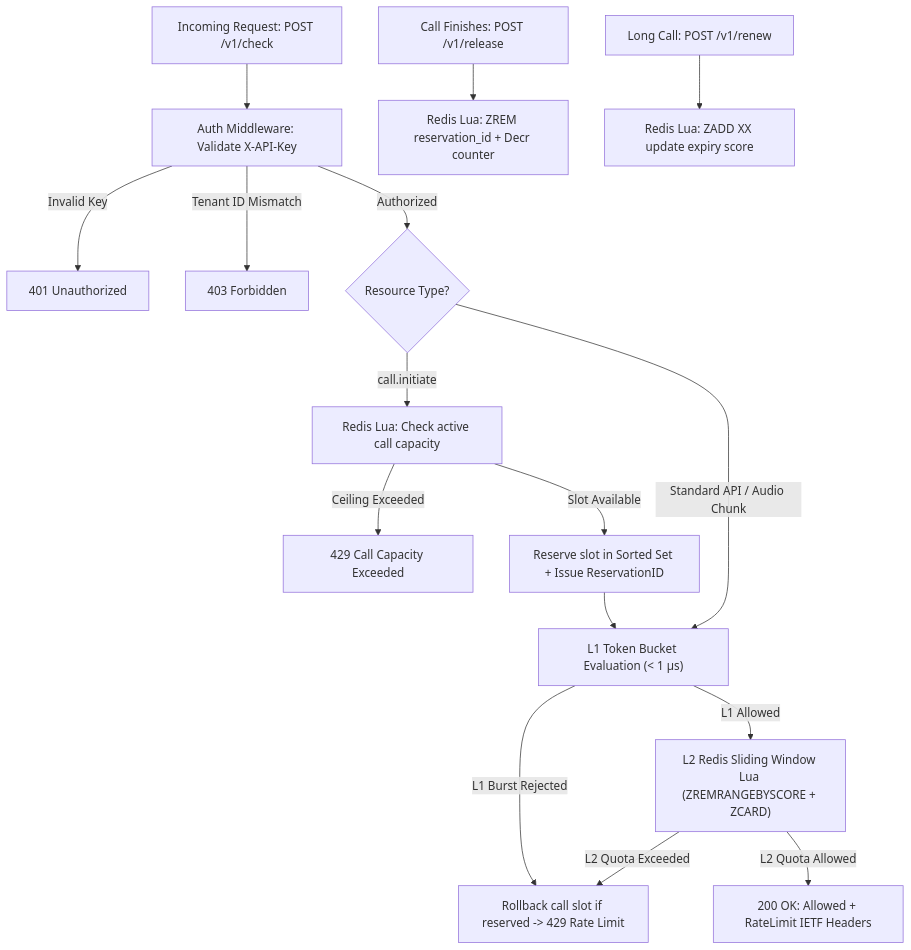
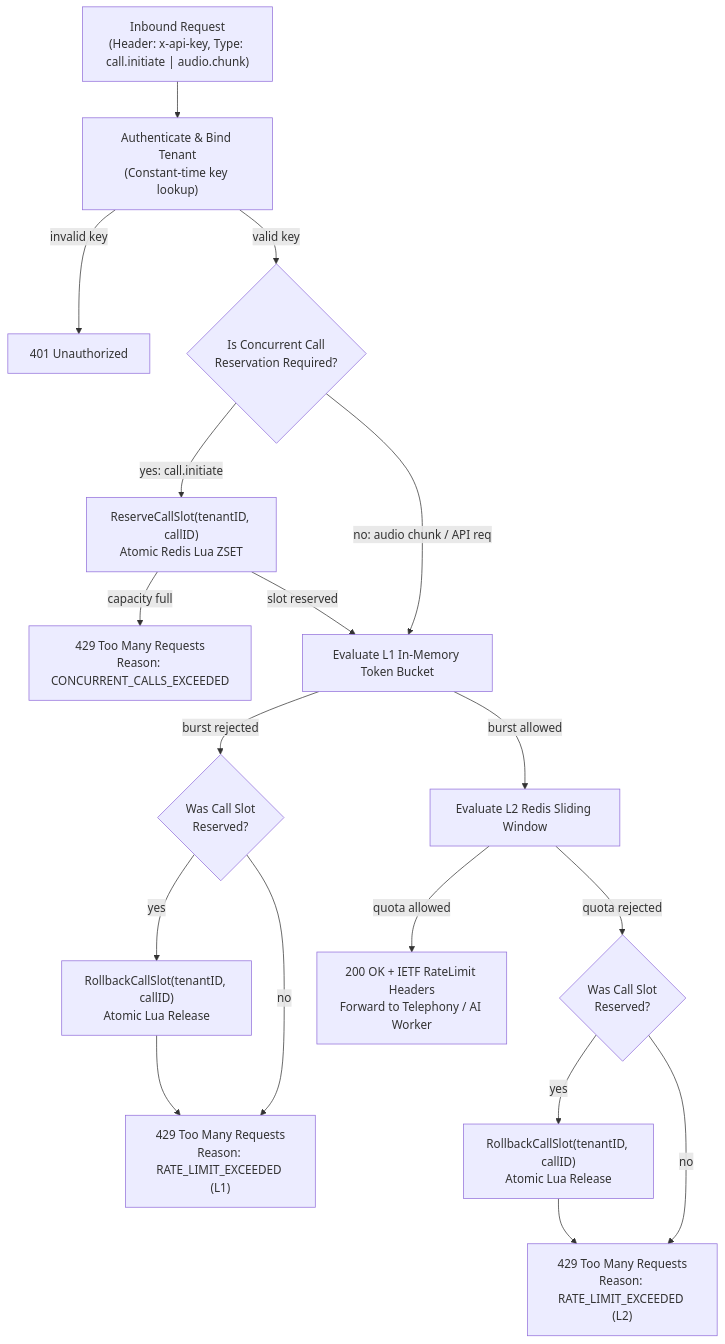
The diagram in README.md (yoohooshantanu/callslot-controller), drawn with Mermaid before and after one commit. The commit also changed other lines of this file, not shown here.

Commit message:
docs: reframe architecture boundaries, stack role, and production problem

````diff
--- a/README.md
+++ b/README.md
@@ -65,23 +89,25 @@
 ```mermaid
 flowchart TD
-    A["Incoming Request: POST /v1/check"] --> B["Auth Middleware: Validate X-API-Key"]
-    B -->|Invalid Key| C["401 Unauthorized"]
-    B -->|Tenant ID Mismatch| D["403 Forbidden"]
-    B -->|Authorized| E{"Resource Type?"}
-    
-    E -->|"call.initiate"| F["Redis Lua: Check active call capacity"]
-    F -->|Ceiling Exceeded| G["429 Call Capacity Exceeded"]
-    F -->|Slot Available| H["Reserve slot in Sorted Set + Issue ReservationID"]
-    H --> I["L1 Token Bucket Evaluation (< 1 µs)"]
-    
-    E -->|"Standard API / Audio Chunk"| I
-    
-    I -->|L1 Burst Rejected| J["Rollback call slot if reserved -> 429 Rate Limit"]
-    I -->|L1 Allowed| K["L2 Redis Sliding Window Lua (ZREMRANGEBYSCORE + ZCARD)"]
-    
-    K -->|L2 Quota Exceeded| J
-    K -->|L2 Quota Allowed| L["200 OK: Allowed + RateLimit IETF Headers"]
-    
-    M["Call Finishes: POST /v1/release"] --> N["Redis Lua: ZREM reservation_id + Decr counter"]
-    O["Long Call: POST /v1/renew"] --> P["Redis Lua: ZADD XX update expiry score"]
+    A["Inbound Request\n(Header: x-api-key, Type: call.initiate | audio.chunk)"] --> B["Authenticate & Bind Tenant\n(Constant-time key lookup)"]
+    B -->|invalid key| C["401 Unauthorized"]
+    B -->|valid key| D{"Is Concurrent Call\nReservation Required?"}
+
+    D -->|yes: call.initiate| E["ReserveCallSlot(tenantID, callID)\nAtomic Redis Lua ZSET"]
+    E -->|capacity full| F["429 Too Many Requests\nReason: CONCURRENT_CALLS_EXCEEDED"]
+    E -->|slot reserved| G["Evaluate L1 In-Memory Token Bucket"]
+
+    D -->|no: audio chunk / API req| G
+
+    G -->|burst rejected| H{"Was Call Slot\nReserved?"}
+    H -->|yes| I["RollbackCallSlot(tenantID, callID)\nAtomic Lua Release"]
+    I --> J["429 Too Many Requests\nReason: RATE_LIMIT_EXCEEDED (L1)"]
+    H -->|no| J
+
+    G -->|burst allowed| K["Evaluate L2 Redis Sliding Window"]
+    K -->|quota rejected| L{"Was Call Slot\nReserved?"}
+    L -->|yes| M["RollbackCallSlot(tenantID, callID)\nAtomic Lua Release"]
+    M --> N["429 Too Many Requests\nReason: RATE_LIMIT_EXCEEDED (L2)"]
+    L -->|no| N
+
+    K -->|quota allowed| O["200 OK + IETF RateLimit Headers\nForward to Telephony / AI Worker"]
 ```
````
